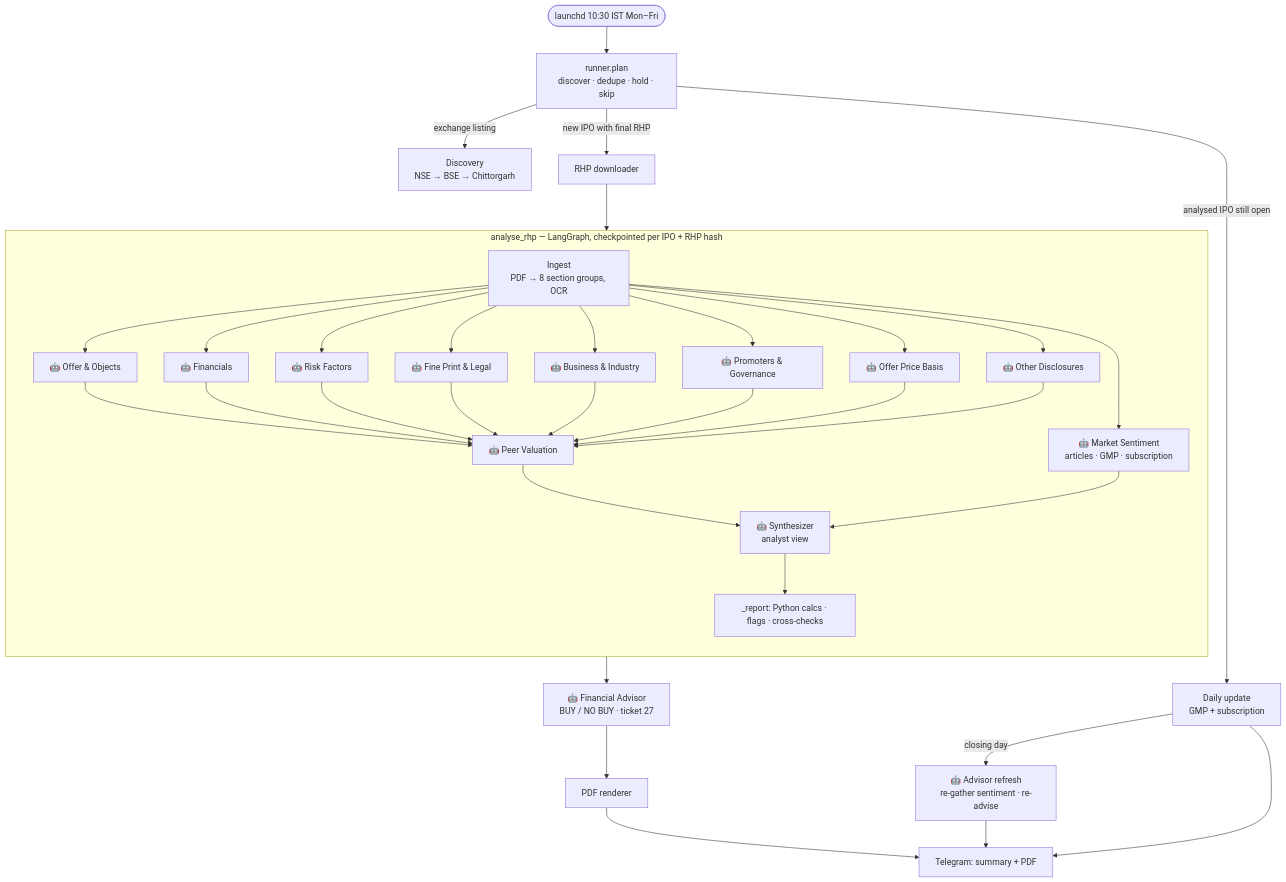
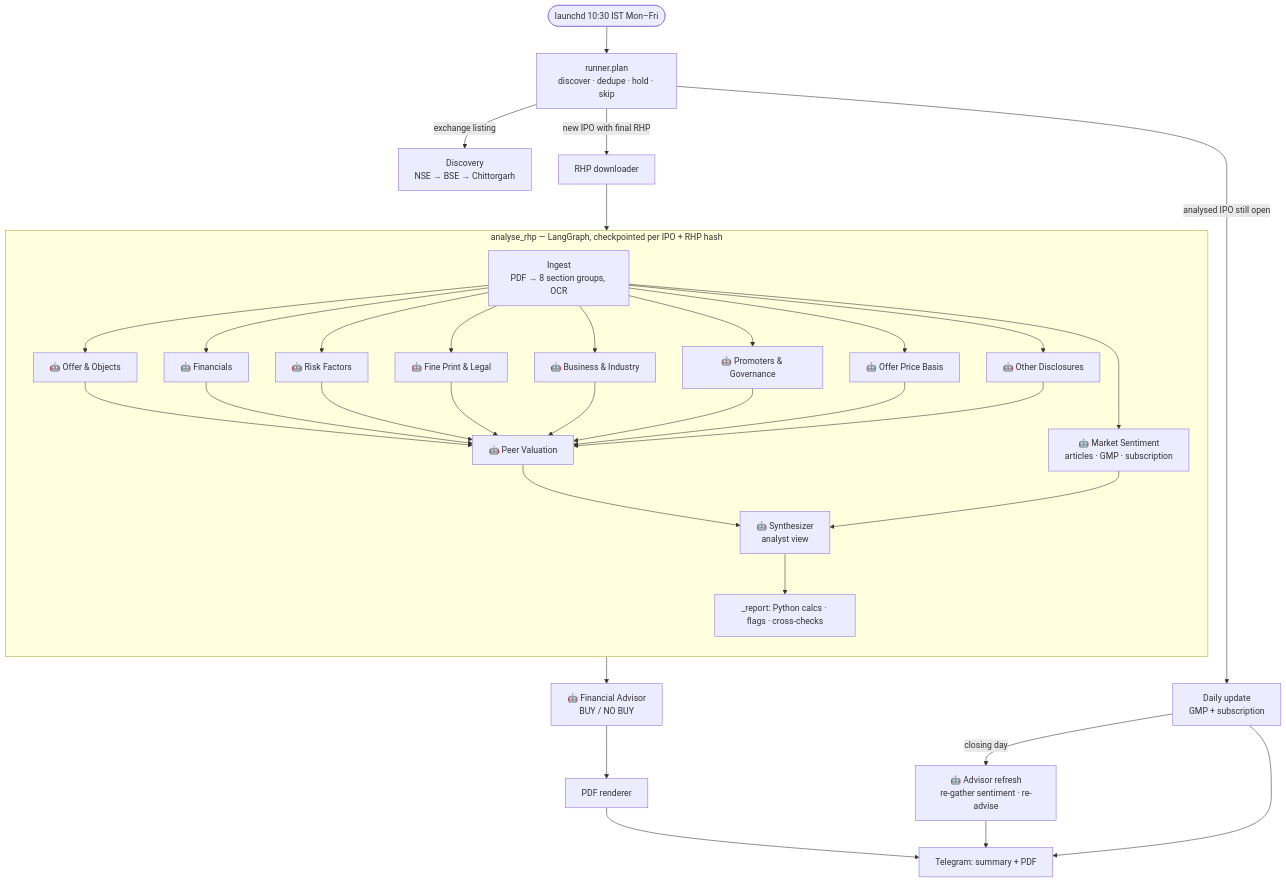
Before and after one commit to RohitTheTechGuy/ipo-analyst-agents: the first of 2 diagrams in docs/agents.md, drawn with Mermaid. The commit also changed other lines of this file, not shown here.

Commit message:
agents.md: advisor is live; describe its inputs, checks and timing

````diff
--- a/docs/agents.md
+++ b/docs/agents.md
@@ -11,33 +11,33 @@
 ```mermaid
 flowchart TD
     CRON([launchd 10:30 IST Mon–Fri]) --> PLAN[runner.plan<br/>discover · dedupe · hold · skip]
     PLAN -->|exchange listing| DISC[Discovery<br/>NSE → BSE → Chittorgarh]
     PLAN -->|new IPO with final RHP| DL[RHP downloader]
     DL --> G
 
     subgraph G [analyse_rhp — LangGraph, checkpointed per IPO + RHP hash]
         direction TB
         ING[Ingest<br/>PDF → 8 section groups, OCR] --> S1 & S2 & S3 & S4 & S5 & S6 & S7 & S8 & SENT
         S1[🤖 Offer & Objects]
         S2[🤖 Financials]
         S3[🤖 Risk Factors]
         S4[🤖 Fine Print & Legal]
         S5[🤖 Business & Industry]
         S6[🤖 Promoters & Governance]
         S7[🤖 Offer Price Basis]
         S8[🤖 Other Disclosures]
         SENT[🤖 Market Sentiment<br/>articles · GMP · subscription]
         S1 & S2 & S3 & S4 & S5 & S6 & S7 & S8 --> VAL[🤖 Peer Valuation]
         VAL & SENT --> SYN[🤖 Synthesizer<br/>analyst view]
         SYN --> REP[_report: Python calcs · flags · cross-checks]
     end
 
-    REP --> ADV[🤖 Financial Advisor<br/>BUY / NO BUY · ticket 27]
+    REP --> ADV[🤖 Financial Advisor<br/>BUY / NO BUY]
     ADV --> PDF[PDF renderer]
     PDF --> TG[Telegram: summary + PDF]
 
     PLAN -->|analysed IPO still open| UPD[Daily update<br/>GMP + subscription]
     UPD -->|closing day| ADV2[🤖 Advisor refresh<br/>re-gather sentiment · re-advise]
     ADV2 --> TG
     UPD --> TG
 ```
````
